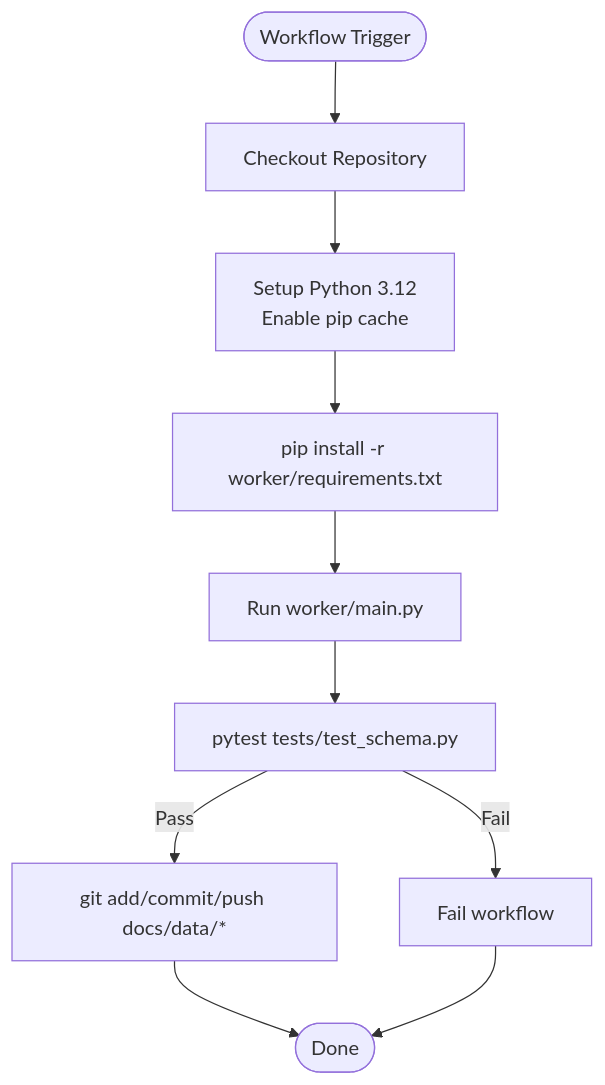
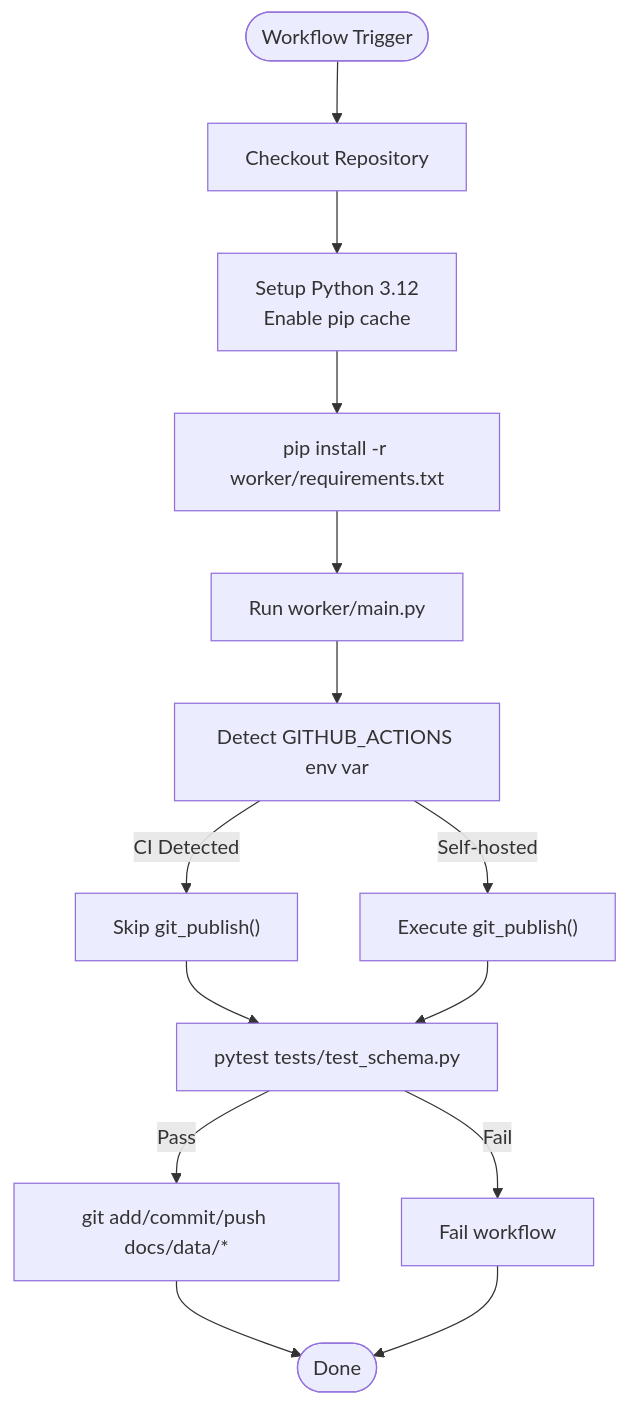
The third of 9 diagrams in .qoder/repowiki/en/content/Automation and Deployment/CI_CD Pipelines.md (shakthi-vinayak/news), drawn with Mermaid before and after one commit. The commit also changed other lines of this file and 55 other files, not shown here.

````diff
--- a/.qoder/repowiki/en/content/Automation and Deployment/CI_CD Pipelines.md
+++ b/.qoder/repowiki/en/content/Automation and Deployment/CI_CD Pipelines.md
@@ -163,12 +183,16 @@
 ```mermaid
 flowchart TD
 Start(["Workflow Trigger"]) --> Checkout["Checkout Repository"]
 Checkout --> SetupPy["Setup Python 3.12<br/>Enable pip cache"]
 SetupPy --> InstallDeps["pip install -r worker/requirements.txt"]
 InstallDeps --> RunWorker["Run worker/main.py"]
-RunWorker --> Validate["pytest tests/test_schema.py"]
+RunWorker --> EnvDetect["Detect GITHUB_ACTIONS env var"]
+EnvDetect --> |CI Detected| SkipPublish["Skip git_publish()"]
+EnvDetect --> |Self-hosted| ExecutePublish["Execute git_publish()"]
+SkipPublish --> Validate["pytest tests/test_schema.py"]
+ExecutePublish --> Validate
 Validate --> |Pass| Commit["git add/commit/push docs/data/*"]
 Validate --> |Fail| FailFast["Fail workflow"]
 Commit --> End(["Done"])
 FailFast --> End
 ```
````
